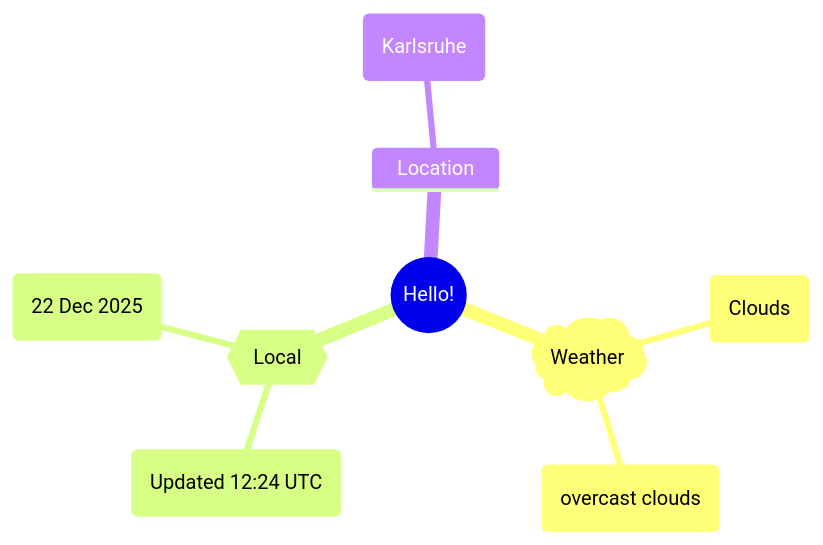
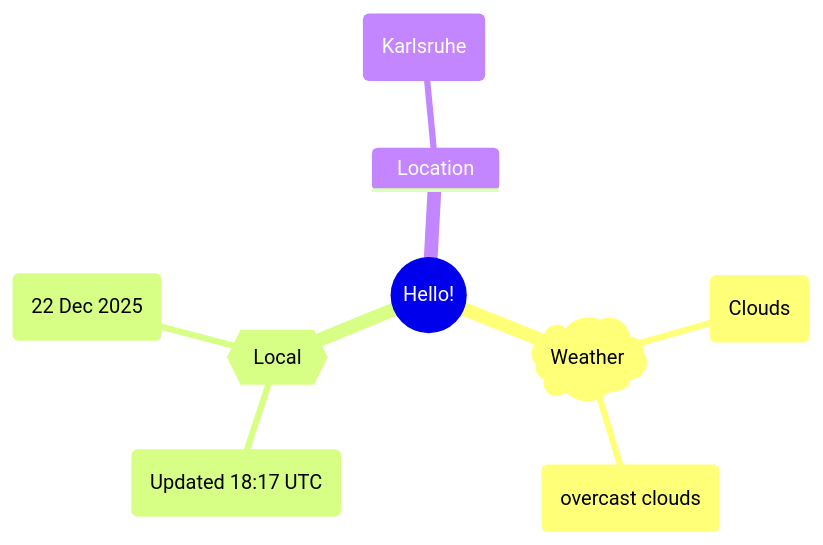
One commit to Xosrov/Xosrov changed the first of 2 diagrams in README.md. Above: the diagram before and after it, drawn with Mermaid.

Commit message:
[bot] updated images

````diff
--- a/README.md
+++ b/README.md
@@ -3,12 +3,12 @@
 ```mermaid
 mindmap
   root((Hello!))
     )Weather(
         (Clouds)
         (overcast clouds)
     {{Local}}
-        (Updated 12:24 UTC)
+        (Updated 18:17 UTC)
         (22 Dec 2025)
     Location
         (Karlsruhe)
 ```
````
